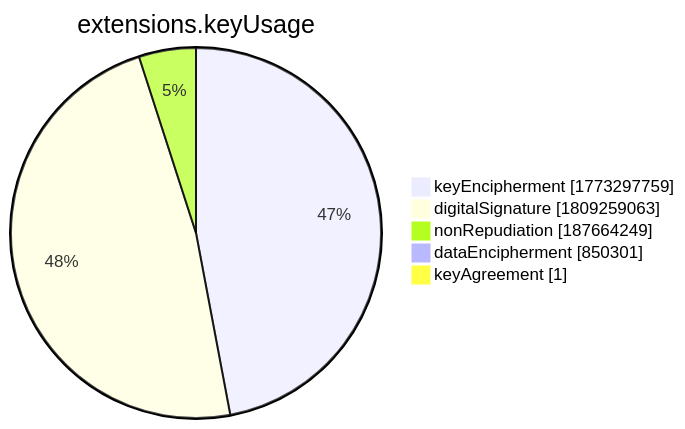
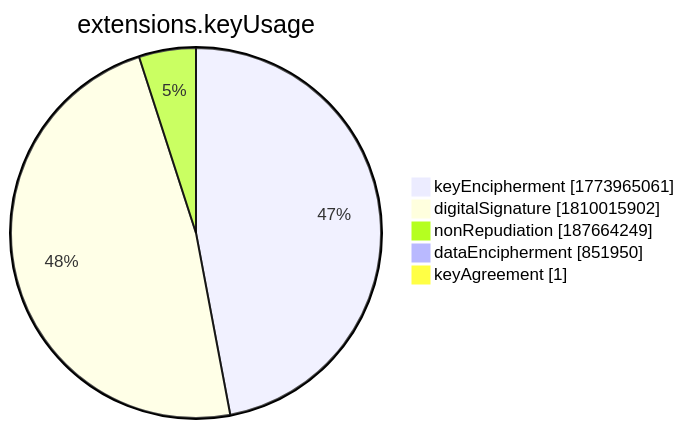
Before and after one commit to christiankrug/ctmonitor_visualization: the seventh of 15 diagrams in xenon2022/README.md, drawn with Mermaid. The commit also changed other lines of this file, not shown here.

````diff
--- a/xenon2022/README.md
+++ b/xenon2022/README.md
@@ -2859,9 +2859,9 @@
 ```mermaid
 pie showData
 title extensions.keyUsage
-"keyEncipherment" :1773297759
-"digitalSignature" :1809259063
+"keyEncipherment" :1773965061
+"digitalSignature" :1810015902
 "nonRepudiation" :187664249
-"dataEncipherment" :850301
+"dataEncipherment" :851950
 "keyAgreement" :1
 ```
````
